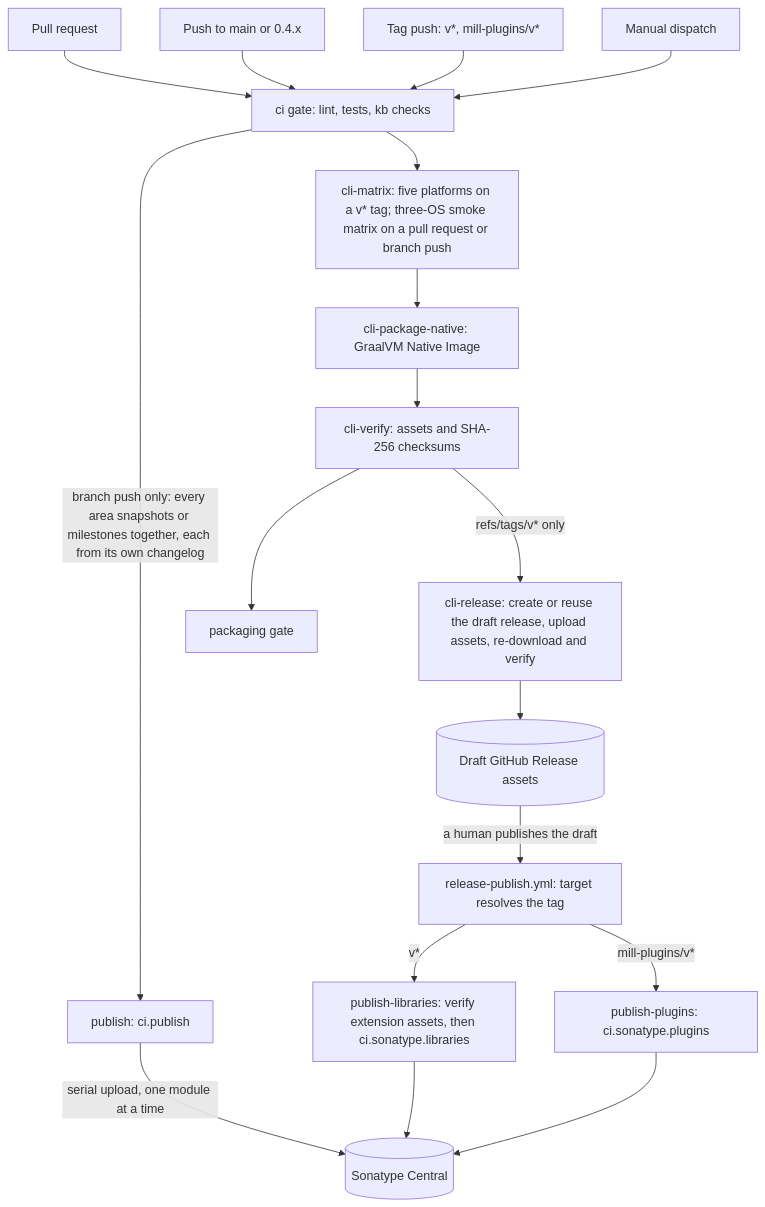
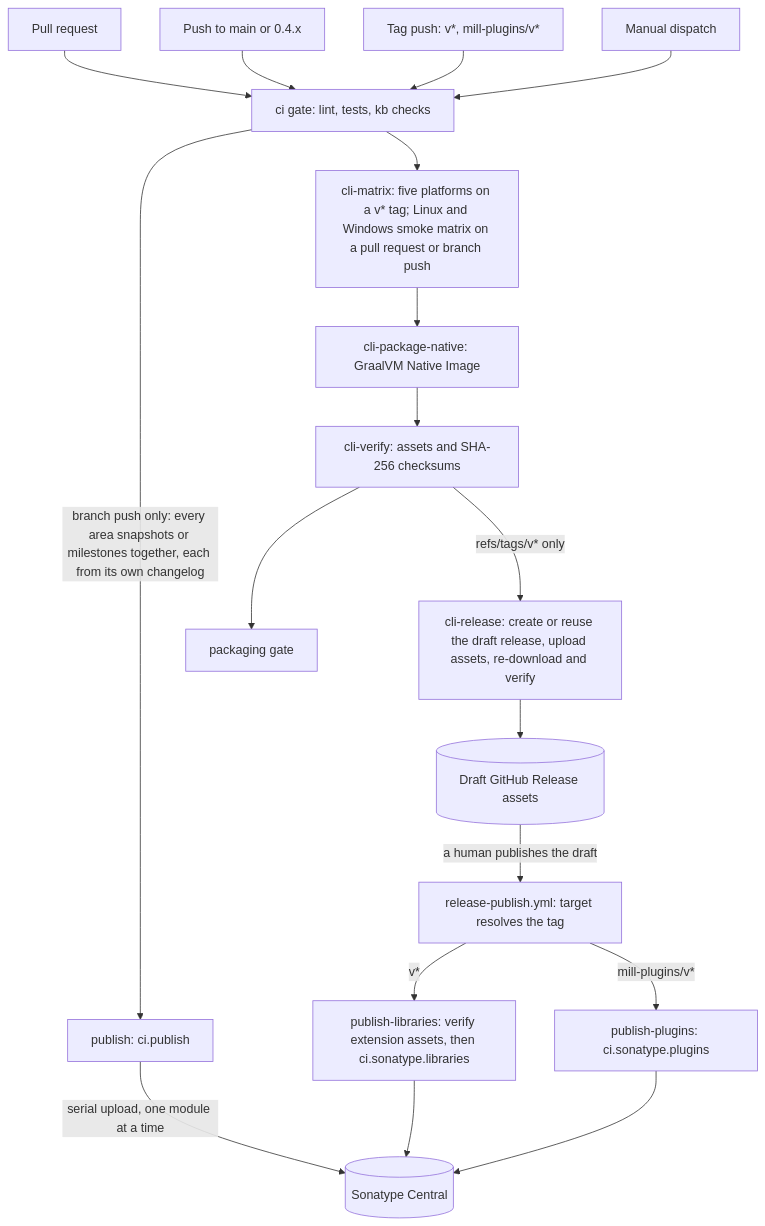
One commit to finos/morphir-scala changed the diagram in kb/bundles/morphir/morphir-scala/packaging-and-release.md. Above: the diagram before and after it, drawn with Mermaid. The commit also changed other lines of this file and 3 other files, not shown here.

````diff
--- a/kb/bundles/morphir/morphir-scala/packaging-and-release.md
+++ b/kb/bundles/morphir/morphir-scala/packaging-and-release.md
@@ -32,24 +32,24 @@
 ```mermaid
 flowchart TD
     PR[Pull request] --> Gate[ci gate: lint, tests, kb checks]
     Push[Push to main or 0.4.x] --> Gate
     TagPush[Tag push: v*, mill-plugins/v*] --> Gate
     Dispatch[Manual dispatch] --> Gate
 
     Gate -->|branch push only: every area snapshots or milestones together, each from its own changelog| PublishAll[publish: ci.publish]
     PublishAll -->|serial upload, one module at a time| Sonatype[(Sonatype Central)]
 
-    Gate --> CliMatrix[cli-matrix: five platforms on a v* tag; three-OS smoke matrix on a pull request or branch push]
+    Gate --> CliMatrix[cli-matrix: five platforms on a v* tag; Linux and Windows smoke matrix on a pull request or branch push]
     CliMatrix --> CliNative[cli-package-native: GraalVM Native Image]
     CliNative --> CliVerify[cli-verify: assets and SHA-256 checksums]
     CliVerify --> Packaging[packaging gate]
     CliVerify -->|refs/tags/v* only| CliRelease[cli-release: create or reuse the draft release, upload assets, re-download and verify]
     CliRelease --> GhAssets[(Draft GitHub Release assets)]
 
     GhAssets -->|a human publishes the draft| RelPub[release-publish.yml: target resolves the tag]
     RelPub -->|v*| PromoteLib[publish-libraries: verify extension assets, then ci.sonatype.libraries]
     RelPub -->|mill-plugins/v*| PromotePlugins[publish-plugins: ci.sonatype.plugins]
     PromoteLib --> Sonatype
     PromotePlugins --> Sonatype
 
 ```
````
